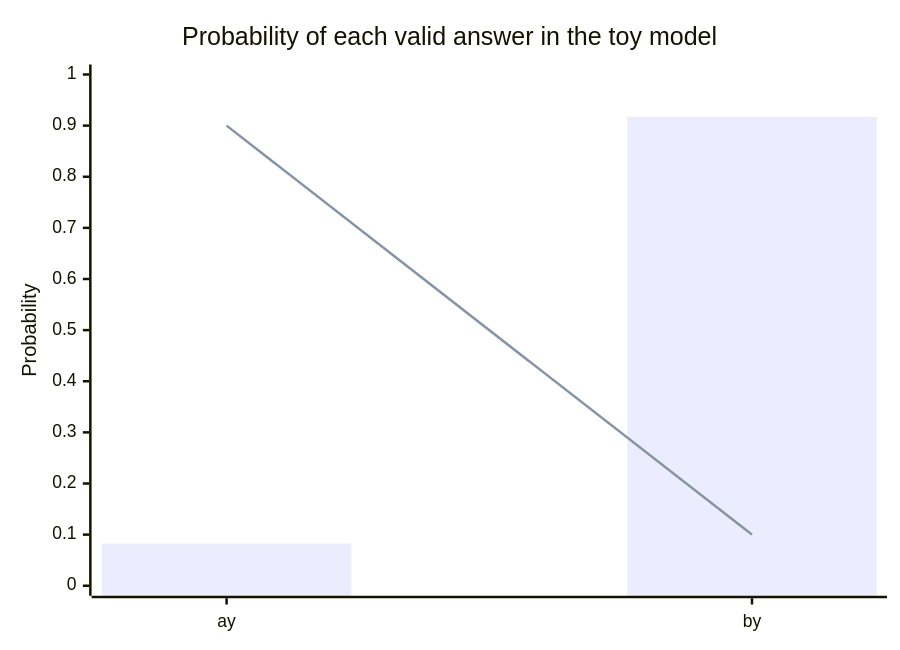
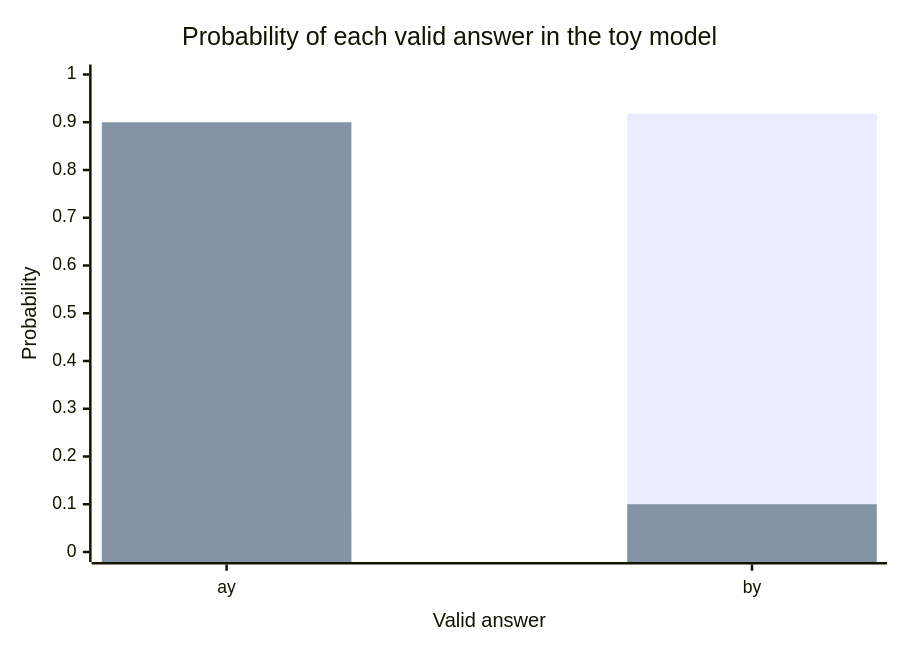
The first of 5 diagrams in book/textbook/ch02/profrod-sovereign-agent-ch02-pydantic-shop-tools-chapter.md (profrodai/sovereign-agent), drawn with Mermaid before and after one commit. The commit also changed other lines of this file and 14 other files, not shown here.

First line of the commit message:
Make every chart readable on its own: named series, titled axes, captions that explain

````diff
--- a/book/textbook/ch02/profrod-sovereign-agent-ch02-pydantic-shop-tools-chapter.md
+++ b/book/textbook/ch02/profrod-sovereign-agent-ch02-pydantic-shop-tools-chapter.md
@@ -128,8 +128,8 @@
 ```mermaid
 xychart-beta
     title "Probability of each valid answer in the toy model"
-    x-axis ["ay", "by"]
+    x-axis "Valid answer" ["ay", "by"]
     y-axis "Probability" 0 --> 1
-    bar [0.0826, 0.9174]
-    line [0.9, 0.1]
+    bar "Conditioned on validity" [0.0826, 0.9174]
+    bar "Token-by-token masking" [0.9, 0.1]
 ```
````
